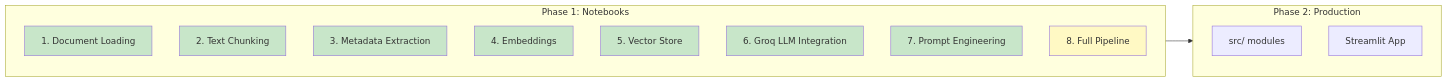
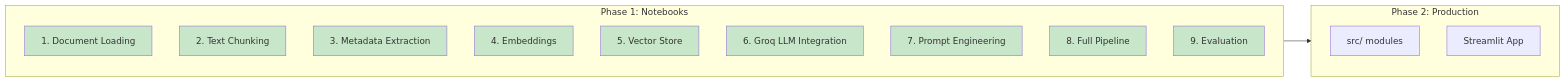
One commit to jaypatel-py/Lexi-Bot changed the third of 3 diagrams in README.md. Above: the diagram before and after it, drawn with Mermaid. The commit also changed other lines of this file and 3 other files, not shown here.

````diff
--- a/README.md
+++ b/README.md
@@ -143,29 +143,31 @@
 ```mermaid
 flowchart LR
     A[Notebook Prototypes] --> B[MVP Prototype]
 
     subgraph A[Phase 1: Notebooks]
         A1[1. Document Loading]
         A2[2. Text Chunking]
         A3[3. Metadata Extraction]
         A4[4. Embeddings]
         A5[5. Vector Store]
         A6[6. Groq LLM Integration]
         A7[7. Prompt Engineering]
         A8[8. Full Pipeline]
+        A9[9. Evaluation]
     end
 
     subgraph B[Phase 2: Production]
         B1[src/ modules]
         B2[Streamlit App]
     end
 
     style A1 fill:#c8e6c9
     style A2 fill:#c8e6c9
     style A3 fill:#c8e6c9
     style A4 fill:#c8e6c9
     style A5 fill:#c8e6c9
     style A6 fill:#c8e6c9
     style A7 fill:#c8e6c9
-    style A8 fill:#fff9c4
+    style A8 fill:#c8e6c9
+    style A9 fill:#c8e6c9
 ```
````
